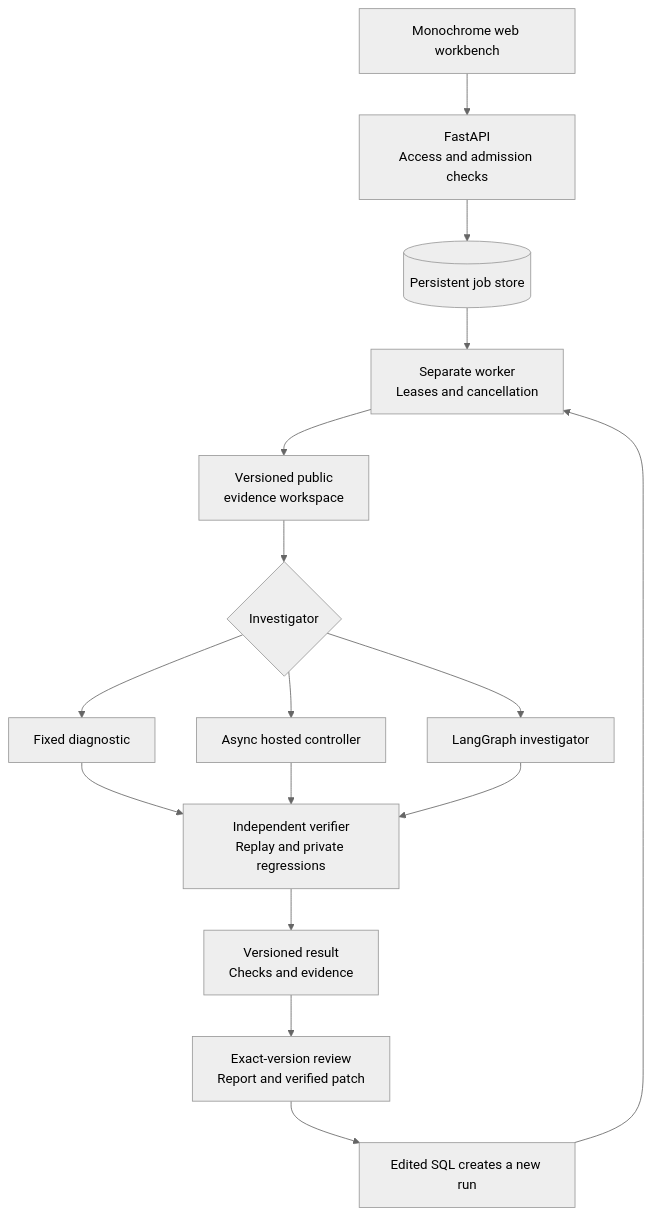
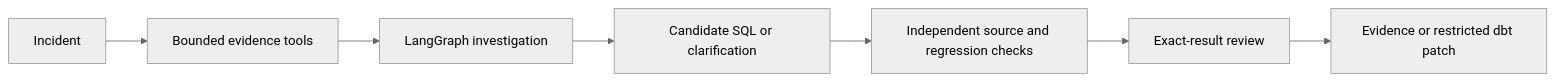
The diagram in README.md (Akhilesh-Vangala/sqlarbiter), drawn with Mermaid before and after one commit. The commit also changed other lines of this file and 180 other files, not shown here.

````diff
--- a/README.md
+++ b/README.md
@@ -85,19 +42,10 @@
 ```mermaid
 %%{init: {"theme": "neutral"}}%%
-flowchart TD
-    UI["Monochrome web workbench"] --> API["FastAPI<br/>Access and admission checks"]
-    API --> Jobs[("Persistent job store")]
-    Jobs --> Worker["Separate worker<br/>Leases and cancellation"]
-    Worker --> Evidence["Versioned public<br/>evidence workspace"]
-    Evidence --> Mode{"Investigator"}
-    Mode --> Fixed["Fixed diagnostic"]
-    Mode --> Hosted["Async hosted controller"]
-    Mode --> Graph["LangGraph investigator"]
-    Fixed --> Verify
-    Hosted --> Verify
-    Graph --> Verify
-    Verify["Independent verifier<br/>Replay and private regressions"] --> Result["Versioned result<br/>Checks and evidence"]
-    Result --> Review["Exact-version review<br/>Report and verified patch"]
-    Review --> Revision["Edited SQL creates a new run"]
-    Revision --> Worker
+flowchart LR
+  Incident --> Evidence[Bounded evidence tools]
+  Evidence --> Agent[LangGraph investigation]
+  Agent --> Candidate[Candidate SQL or clarification]
+  Candidate --> Verify[Independent source and regression checks]
+  Verify --> Review[Exact-result review]
+  Review --> Export[Evidence or restricted dbt patch]
 ```
````
